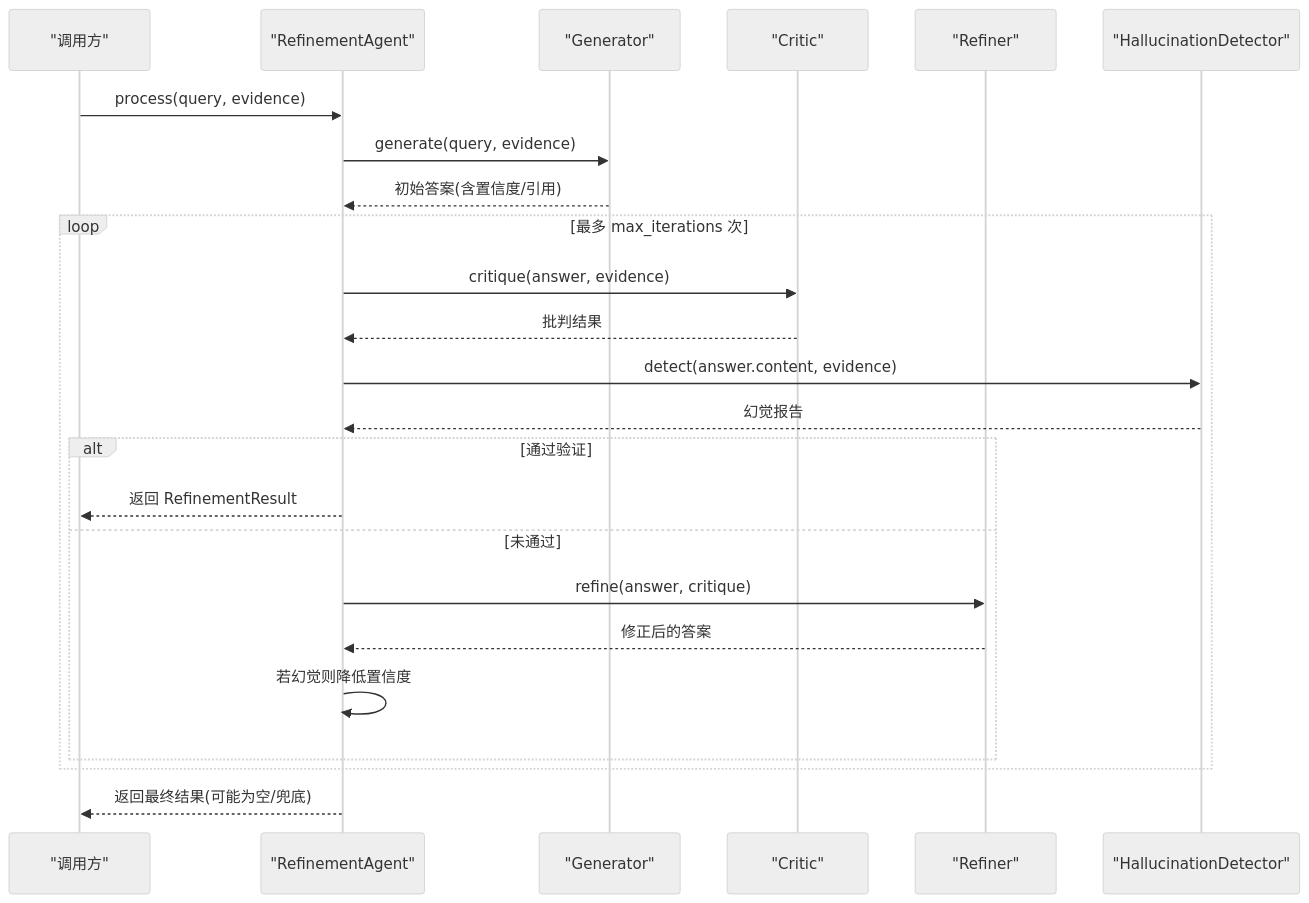
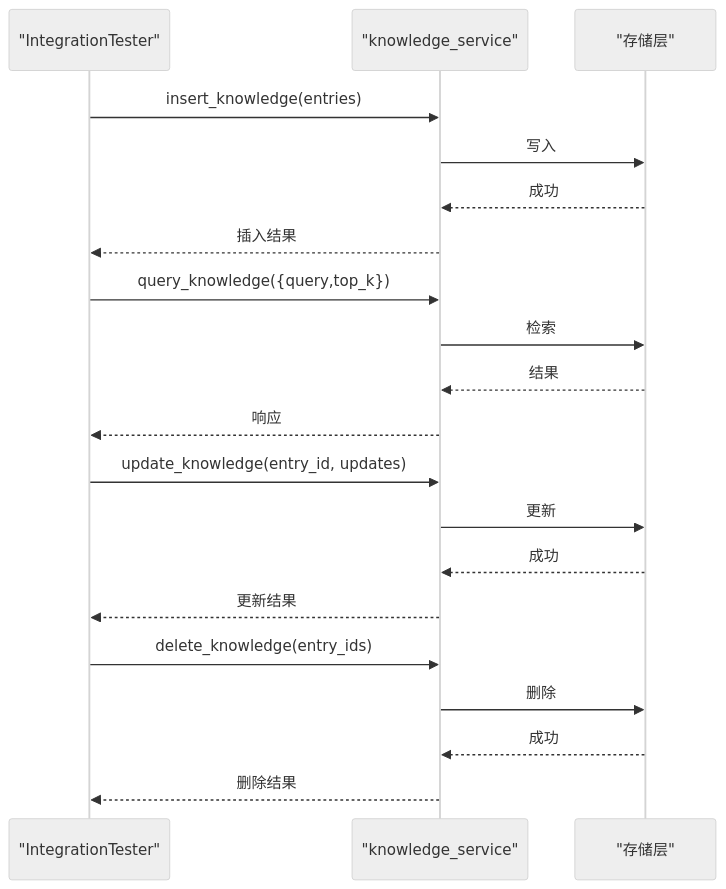
The fifth of 6 diagrams in .qoder/repowiki/zh/content/开发与测试/开发与测试.md (JieGaoPrinceton/NecoRAG), drawn with Mermaid (neutral theme) before and after one commit. The commit also changed other lines of this file and 181 other files, not shown here.

````diff
--- a/.qoder/repowiki/zh/content/开发与测试/开发与测试.md
+++ b/.qoder/repowiki/zh/content/开发与测试/开发与测试.md
@@ -342,26 +218,22 @@
 ```mermaid
 sequenceDiagram
-participant U as "调用方"
-participant RA as "RefinementAgent"
-participant GEN as "Generator"
-participant CRIT as "Critic"
-participant REF as "Refiner"
-participant DET as "HallucinationDetector"
-U->>RA : process(query, evidence)
-RA->>GEN : generate(query, evidence)
-GEN-->>RA : 初始答案(含置信度/引用)
-loop 最多 max_iterations 次
-RA->>CRIT : critique(answer, evidence)
-CRIT-->>RA : 批判结果
-RA->>DET : detect(answer.content, evidence)
-DET-->>RA : 幻觉报告
-alt 通过验证
-RA-->>U : 返回 RefinementResult
-else 未通过
-RA->>REF : refine(answer, critique)
-REF-->>RA : 修正后的答案
-RA->>RA : 若幻觉则降低置信度
-end
-end
-RA-->>U : 返回最终结果(可能为空/兜底)
+participant Tester as "IntegrationTester"
+participant Service as "knowledge_service"
+participant DB as "存储层"
+Tester->>Service : insert_knowledge(entries)
+Service->>DB : 写入
+DB-->>Service : 成功
+Service-->>Tester : 插入结果
+Tester->>Service : query_knowledge({query,top_k})
+Service->>DB : 检索
+DB-->>Service : 结果
+Service-->>Tester : 响应
+Tester->>Service : update_knowledge(entry_id, updates)
+Service->>DB : 更新
+DB-->>Service : 成功
+Service-->>Tester : 更新结果
+Tester->>Service : delete_knowledge(entry_ids)
+Service->>DB : 删除
+DB-->>Service : 成功
+Service-->>Tester : 删除结果
 ```
````
